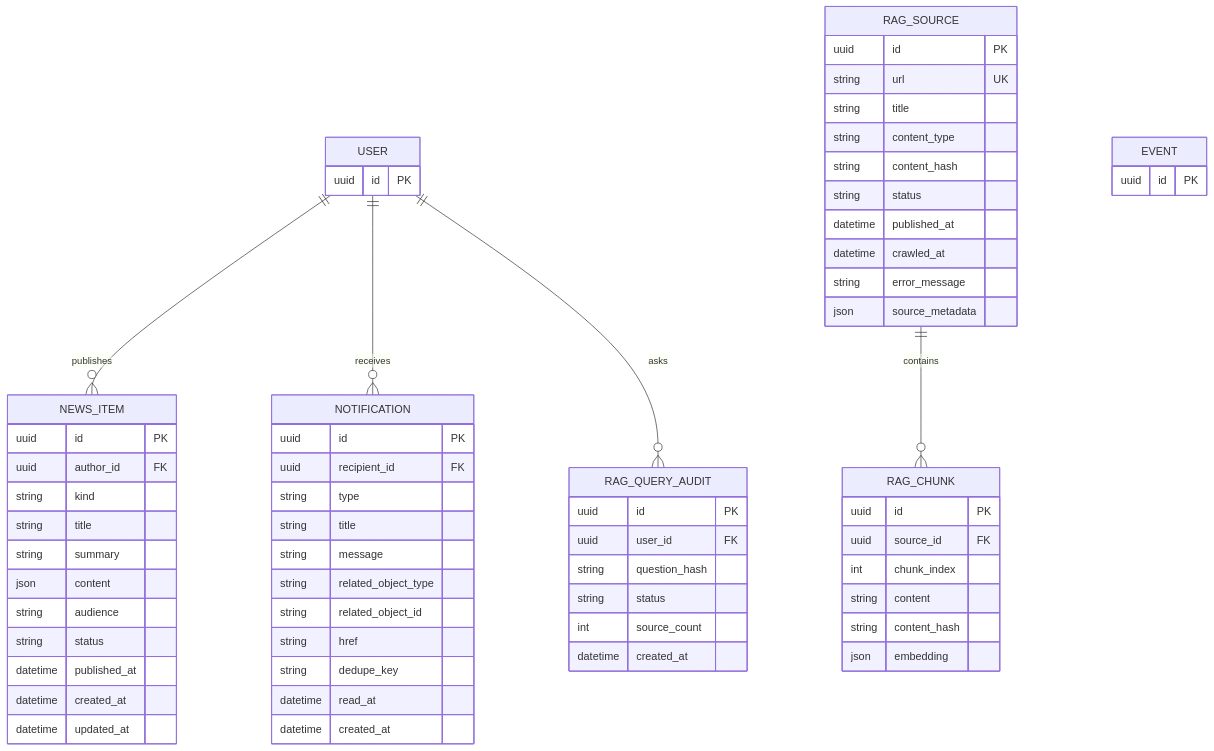
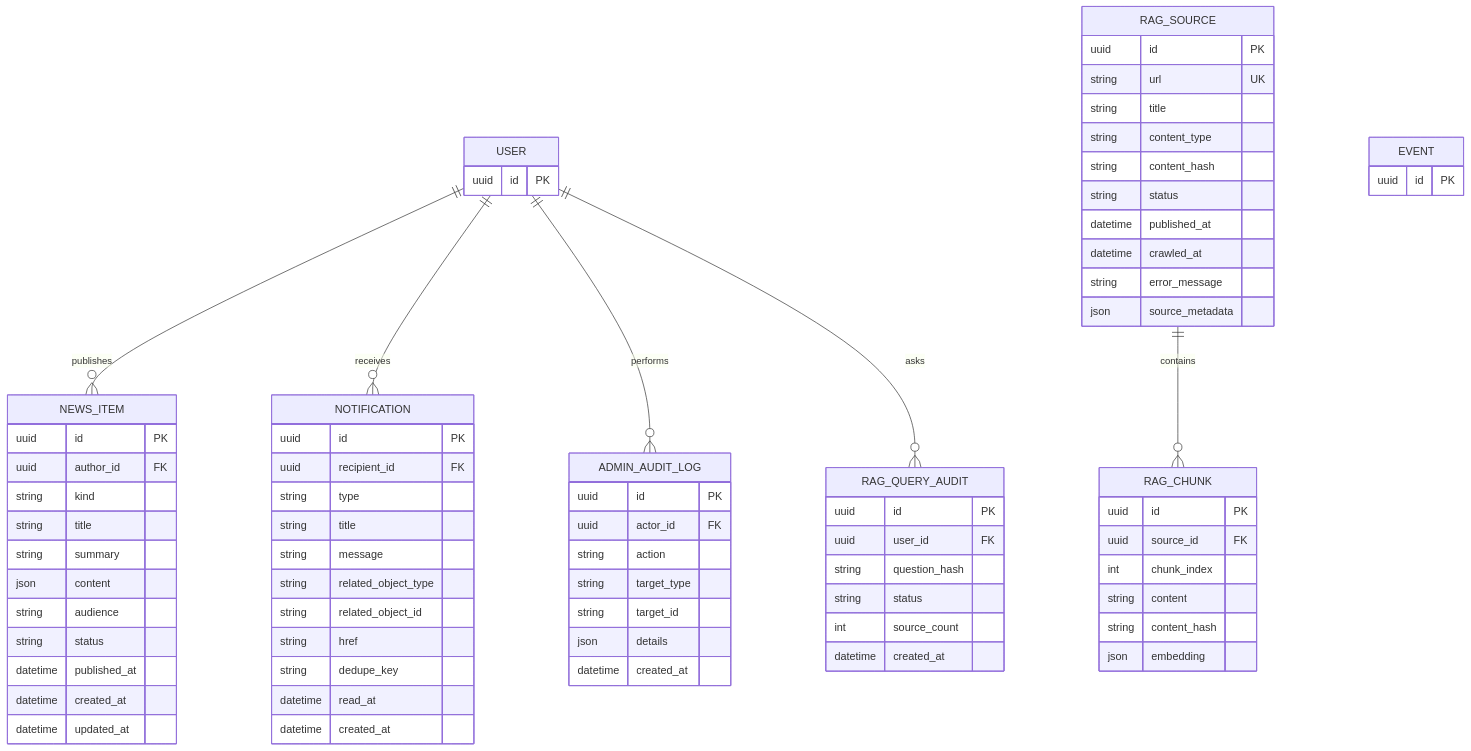
Before and after one commit to anindya357/UniCircle: the fourth of 4 diagrams in docs/design/ERD.md, drawn with Mermaid. The commit also changed other lines of this file and 19 other files, not shown here.

````diff
--- a/docs/design/ERD.md
+++ b/docs/design/ERD.md
@@ -366,68 +366,78 @@
 ```mermaid
 erDiagram
     USER ||--o{ NEWS_ITEM : publishes
     USER ||--o{ NOTIFICATION : receives
+    USER ||--o{ ADMIN_AUDIT_LOG : performs
     RAG_SOURCE ||--o{ RAG_CHUNK : contains
     USER ||--o{ RAG_QUERY_AUDIT : asks
 
     USER {
         uuid id PK
     }
     EVENT {
         uuid id PK
     }
     NEWS_ITEM {
         uuid id PK
         uuid author_id FK
         string kind
         string title
         string summary
         json content
         string audience
         string status
         datetime published_at
         datetime created_at
         datetime updated_at
     }
     NOTIFICATION {
         uuid id PK
         uuid recipient_id FK
         string type
         string title
         string message
         string related_object_type
         string related_object_id
         string href
         string dedupe_key
         datetime read_at
         datetime created_at
     }
+    ADMIN_AUDIT_LOG {
+        uuid id PK
+        uuid actor_id FK
+        string action
+        string target_type
+        string target_id
+        json details
+        datetime created_at
+    }
     RAG_SOURCE {
         uuid id PK
         string url UK
         string title
         string content_type
         string content_hash
         string status
         datetime published_at
         datetime crawled_at
         string error_message
         json source_metadata
     }
     RAG_CHUNK {
         uuid id PK
         uuid source_id FK
         int chunk_index
         string content
         string content_hash
         json embedding
     }
     RAG_QUERY_AUDIT {
         uuid id PK
         uuid user_id FK
         string question_hash
         string status
         int source_count
         datetime created_at
     }
 ```
````
